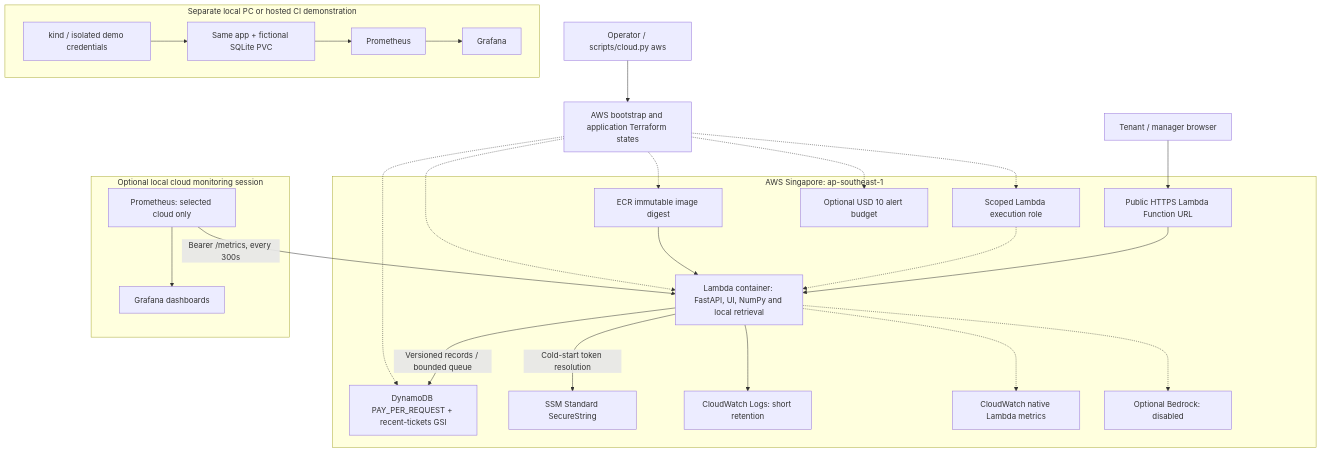
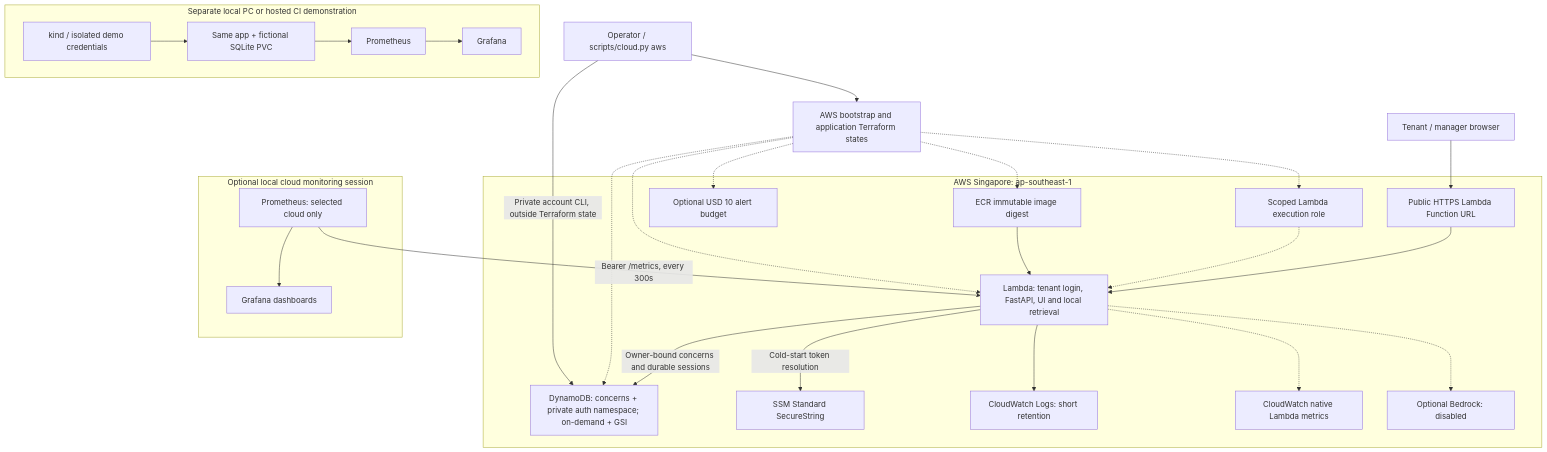
The diagram in docs/ARCHITECTURE_AWS.md (rishchaw/ticketpilot-apartments), drawn with Mermaid before and after one commit. The commit also changed other lines of this file and 46 other files, not shown here.

First line of the commit message:
Require approved tenant logins and enforce private concern ownership

````diff
--- a/docs/ARCHITECTURE_AWS.md
+++ b/docs/ARCHITECTURE_AWS.md
@@ -5,29 +5,30 @@
 ```mermaid
 flowchart TB
     B["Tenant / manager browser"] --> URL["Public HTTPS Lambda Function URL"]
     subgraph AWS["AWS Singapore: ap-southeast-1"]
-        URL --> APP["Lambda container: FastAPI, UI, NumPy and local retrieval"]
-        APP -->|"Versioned records / bounded queue"| DB["DynamoDB PAY_PER_REQUEST + recent-tickets GSI"]
+        URL --> APP["Lambda: tenant login, FastAPI, UI and local retrieval"]
+        APP -->|"Owner-bound concerns and durable sessions"| DB["DynamoDB: concerns + private auth namespace; on-demand + GSI"]
         APP -->|"Cold-start token resolution"| SEC["SSM Standard SecureString"]
         ROLE["Scoped Lambda execution role"] -.-> APP
         ECR["ECR immutable image digest"] --> APP
         APP --> LOG["CloudWatch Logs: short retention"]
         APP -.-> MET["CloudWatch native Lambda metrics"]
         APP -.-> AI["Optional Bedrock: disabled"]
         BUD["Optional USD 10 alert budget"]
     end
     OP["Operator / scripts/cloud.py aws"] --> TF["AWS bootstrap and application Terraform states"]
     TF -.-> ECR
     TF -.-> APP
     TF -.-> DB
     TF -.-> ROLE
     TF -.-> BUD
+    OP -->|"Private account CLI, outside Terraform state"| DB
     subgraph OBS["Optional local cloud monitoring session"]
         CP["Prometheus: selected cloud only"] --> CG["Grafana dashboards"]
         CP -->|"Bearer /metrics, every 300s"| APP
     end
     subgraph LOCAL["Separate local PC or hosted CI demonstration"]
         K["kind / isolated demo credentials"] --> DA["Same app + fictional SQLite PVC"]
         DA --> P["Prometheus"] --> G["Grafana"]
     end
 ```
````
